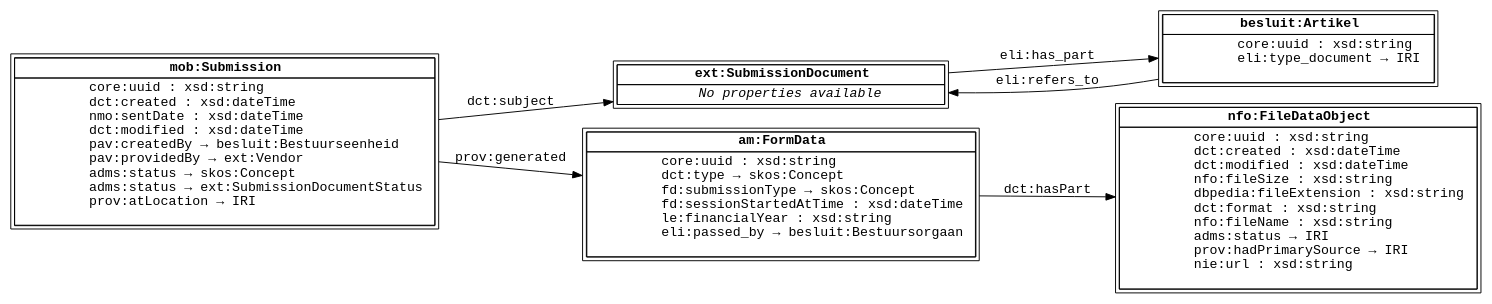
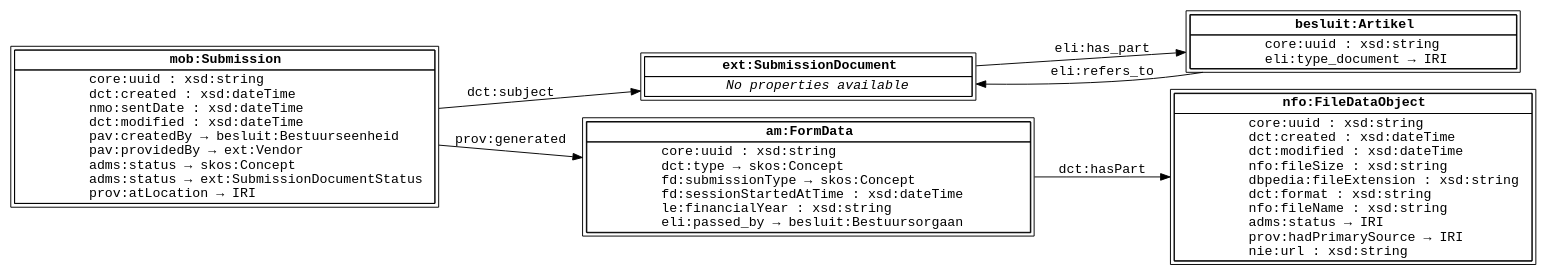
One commit to lblod/pages-vendors changed the diagram in DiagramsSource/erediensten-toezichtsdatabank-sparql.dot. Above: the diagram before and after it, drawn with Graphviz. The commit also changed 1 other file, not shown here.

Commit message:
Improve syntax for left align in diagram code

```diff
--- a/DiagramsSource/erediensten-toezichtsdatabank-sparql.dot
+++ b/DiagramsSource/erediensten-toezichtsdatabank-sparql.dot
@@ -1,99 +1,99 @@
 digraph SubmissionData {
   node [shape="box", peripheries=2, margin=0, fontname="Monospace"];
   edge [fontname="Monospace"]
   rankdir="LR"
 
   Submission [label=<
     <table border="0" cellspacing="0" cellborder="1">
       <tr>
         <td><b>mob:Submission</b></td>
       </tr>
       <tr>
-        <td align="left">
-          core:uuid : xsd:string <br align="left"/>
-          dct:created : xsd:dateTime <br align="left"/>
-          nmo:sentDate : xsd:dateTime <br align="left"/>
-          dct:modified : xsd:dateTime <br align="left"/>
-          pav:createdBy → besluit:Bestuurseenheid <br align="left"/>
-          pav:providedBy → ext:Vendor <br align="left"/>
-          adms:status → skos:Concept <br align="left"/>
-          adms:status → ext:SubmissionDocumentStatus <br align="left"/>
-          prov:atLocation → IRI <br align="left"/>
+        <td balign="left">
+          core:uuid : xsd:string <br/>
+          dct:created : xsd:dateTime <br/>
+          nmo:sentDate : xsd:dateTime <br/>
+          dct:modified : xsd:dateTime <br/>
+          pav:createdBy → besluit:Bestuurseenheid <br/>
+          pav:providedBy → ext:Vendor <br/>
+          adms:status → skos:Concept <br/>
+          adms:status → ext:SubmissionDocumentStatus <br/>
+          prov:atLocation → IRI
         </td>
       </tr>
     </table>
   >];
 
   SubmissionDocument [label=<
     <table border="0" cellspacing="0" cellborder="1">
       <tr>
         <td><b>ext:SubmissionDocument</b></td>
       </tr>
       <tr>
-        <td align="left">
+        <td>
           <i>No properties available</i>
         </td>
       </tr>
     </table>
   >];
 
   Artikel [label=<
     <table border="0" cellspacing="0" cellborder="1">
       <tr>
         <td><b>besluit:Artikel</b></td>
       </tr>
       <tr>
-        <td align="left">
-          core:uuid : xsd:string <br align="left"/>
-          eli:type_document → IRI <br align="left"/>
+        <td balign="left">
+          core:uuid : xsd:string <br/>
+          eli:type_document → IRI
         </td>
       </tr>
     </table>
   >];
 
   FormData [label=<
     <table border="0" cellspacing="0" cellborder="1">
       <tr>
         <td><b>am:FormData</b></td>
       </tr>
       <tr>
-        <td align="left">
-          core:uuid : xsd:string <br align="left"/>
-          dct:type → skos:Concept <br align="left"/>
-          fd:submissionType → skos:Concept <br align="left"/>
-          fd:sessionStartedAtTime : xsd:dateTime <br align="left"/>
-          le:financialYear : xsd:string <br align="left"/>
-          eli:passed_by → besluit:Bestuursorgaan <br align="left"/>
+        <td balign="left">
+          core:uuid : xsd:string <br/>
+          dct:type → skos:Concept <br/>
+          fd:submissionType → skos:Concept <br/>
+          fd:sessionStartedAtTime : xsd:dateTime <br/>
+          le:financialYear : xsd:string <br/>
+          eli:passed_by → besluit:Bestuursorgaan
         </td>
       </tr>
     </table>
   >];
 
   File [label=<
     <table border="0" cellspacing="0" cellborder="1">
       <tr>
         <td><b>nfo:FileDataObject</b></td>
       </tr>
       <tr>
-        <td align="left">
-          core:uuid : xsd:string <br align="left"/>
-          dct:created : xsd:dateTime <br align="left"/>
-          dct:modified : xsd:dateTime <br align="left"/>
-          nfo:fileSize : xsd:string <br align="left"/>
-          dbpedia:fileExtension : xsd:string <br align="left"/>
-          dct:format : xsd:string <br align="left"/>
-          nfo:fileName : xsd:string <br align="left"/>
-          adms:status → IRI <br align="left"/>
-          prov:hadPrimarySource → IRI <br align="left"/>
-          nie:url : xsd:string <br align="left"/>
+        <td balign="left">
+          core:uuid : xsd:string <br/>
+          dct:created : xsd:dateTime <br/>
+          dct:modified : xsd:dateTime <br/>
+          nfo:fileSize : xsd:string <br/>
+          dbpedia:fileExtension : xsd:string <br/>
+          dct:format : xsd:string <br/>
+          nfo:fileName : xsd:string <br/>
+          adms:status → IRI <br/>
+          prov:hadPrimarySource → IRI <br/>
+          nie:url : xsd:string
         </td>
       </tr>
     </table>
   >];
 
   Submission -> SubmissionDocument [label="dct:subject"];
   Submission -> FormData [label="prov:generated"];
   SubmissionDocument -> Artikel [label="eli:has_part"];
   Artikel -> SubmissionDocument [label="eli:refers_to"]
   FormData -> File [label="dct:hasPart"];
 }
```
